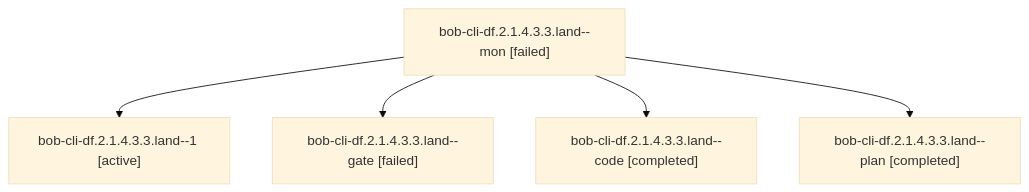
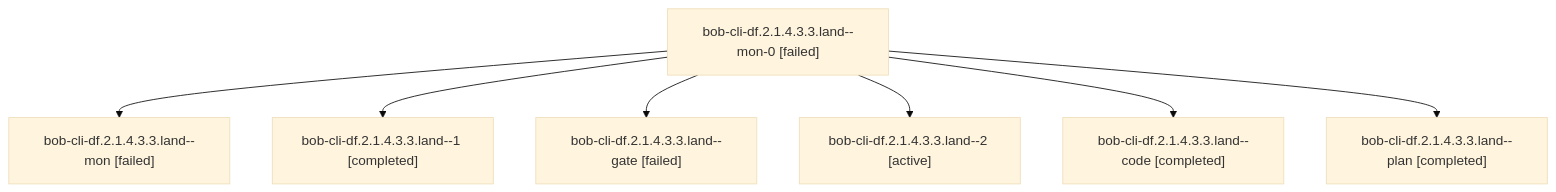
Before and after one commit to bobs-org/bob-cli--agents: the diagram in sessions/bbugyi200.athena.bob-cli-df.2.1.4.3.3.land.md, drawn with Mermaid (base theme). The commit also changed other lines of this file and 113 other files, not shown here.

````diff
--- a/sessions/bbugyi200.athena.bob-cli-df.2.1.4.3.3.land.md
+++ b/sessions/bbugyi200.athena.bob-cli-df.2.1.4.3.3.land.md
@@ -9,12 +9,16 @@
 ```mermaid
 flowchart TD
-  n0["bob-cli-df.2.1.4.3.3.land--mon [failed]"]
-  n1["bob-cli-df.2.1.4.3.3.land--1 [active]"]
+  n0["bob-cli-df.2.1.4.3.3.land--mon-0 [failed]"]
+  n1["bob-cli-df.2.1.4.3.3.land--mon [failed]"]
   n0 --> n1
-  n2["bob-cli-df.2.1.4.3.3.land--gate [failed]"]
+  n2["bob-cli-df.2.1.4.3.3.land--1 [completed]"]
   n0 --> n2
-  n3["bob-cli-df.2.1.4.3.3.land--code [completed]"]
+  n3["bob-cli-df.2.1.4.3.3.land--gate [failed]"]
   n0 --> n3
-  n4["bob-cli-df.2.1.4.3.3.land--plan [completed]"]
+  n4["bob-cli-df.2.1.4.3.3.land--2 [active]"]
   n0 --> n4
+  n5["bob-cli-df.2.1.4.3.3.land--code [completed]"]
+  n0 --> n5
+  n6["bob-cli-df.2.1.4.3.3.land--plan [completed]"]
+  n0 --> n6
 ```
````
